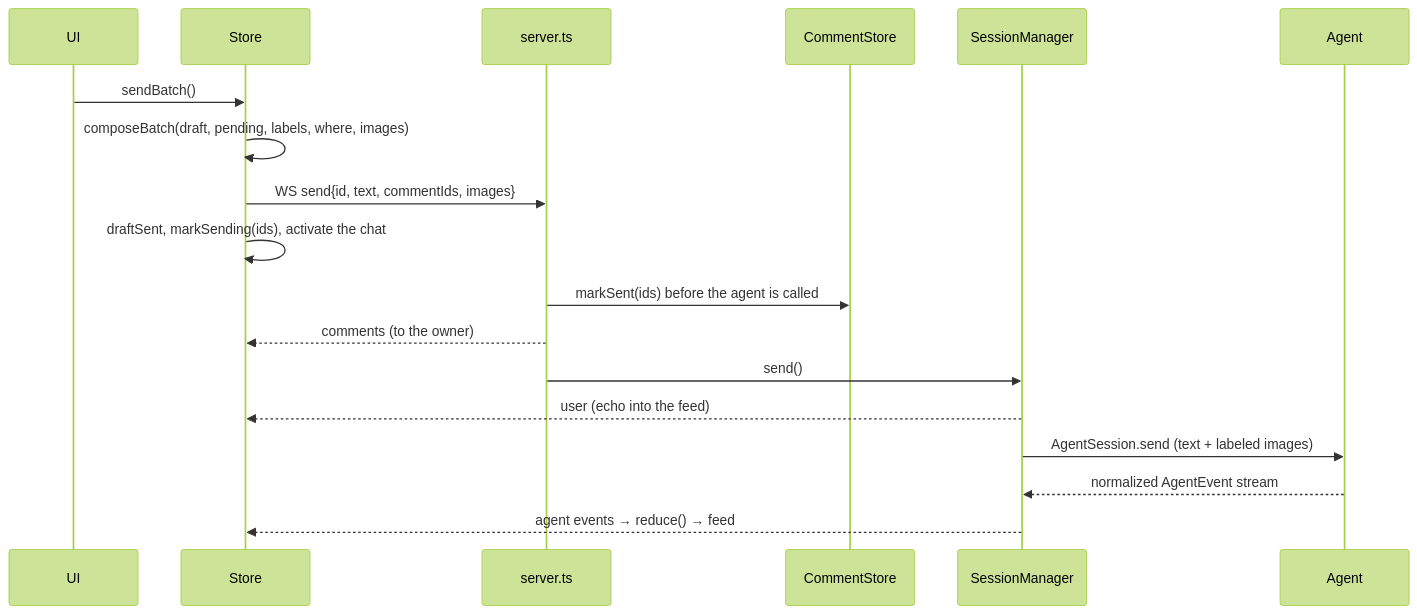
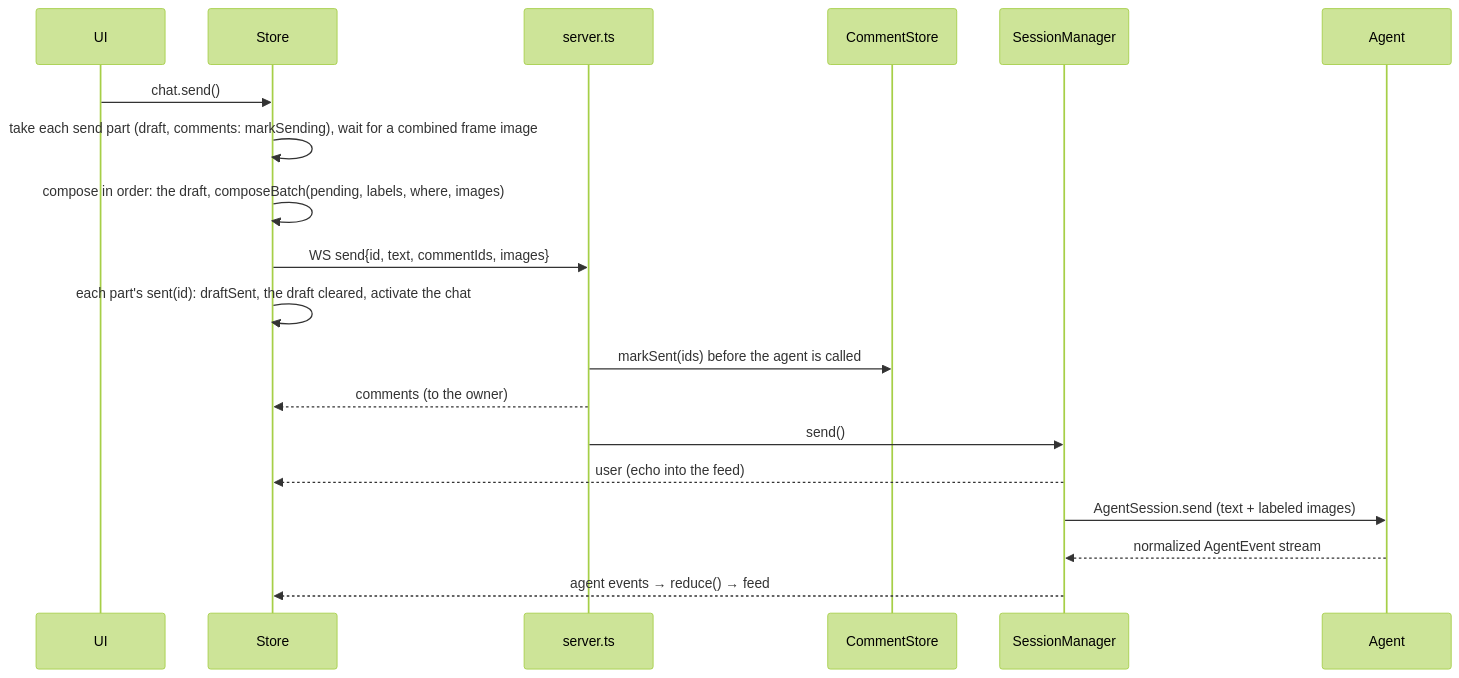
One commit to iCubeDm/nota-bene-ide changed the fourth of 4 diagrams in docs/architecture.md. Above: the diagram before and after it, drawn with Mermaid (forest theme). The commit also changed other lines of this file and 654 other files, not shown here.

````diff
--- a/docs/architecture.md
+++ b/docs/architecture.md
@@ -394,20 +518,21 @@
 ```mermaid
 sequenceDiagram
   participant U as UI
   participant S as Store
   participant SV as server.ts
   participant CS as CommentStore
   participant SM as SessionManager
   participant A as Agent
-  U->>S: sendBatch()
-  S->>S: composeBatch(draft, pending, labels, where, images)
+  U->>S: chat.send()
+  S->>S: take each send part (draft, comments: markSending), wait for a combined frame image
+  S->>S: compose in order: the draft, composeBatch(pending, labels, where, images)
   S->>SV: WS send{id, text, commentIds, images}
-  S->>S: draftSent, markSending(ids), activate the chat
+  S->>S: each part's sent(id): draftSent, the draft cleared, activate the chat
   SV->>CS: markSent(ids) before the agent is called
   SV-->>S: comments (to the owner)
   SV->>SM: send()
   SM-->>S: user (echo into the feed)
   SM->>A: AgentSession.send (text + labeled images)
   A-->>SM: normalized AgentEvent stream
   SM-->>S: agent events → reduce() → feed
 ```
````
